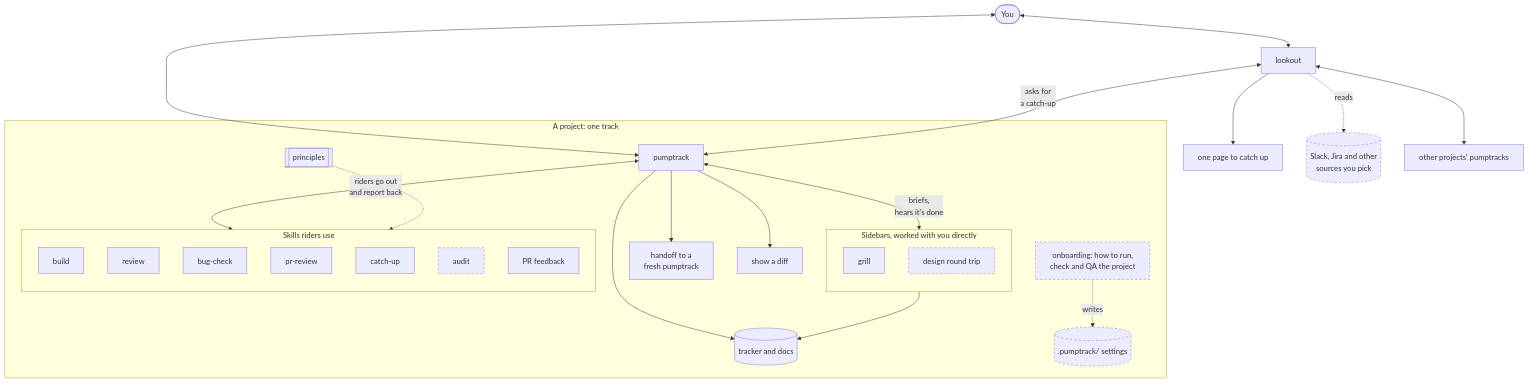
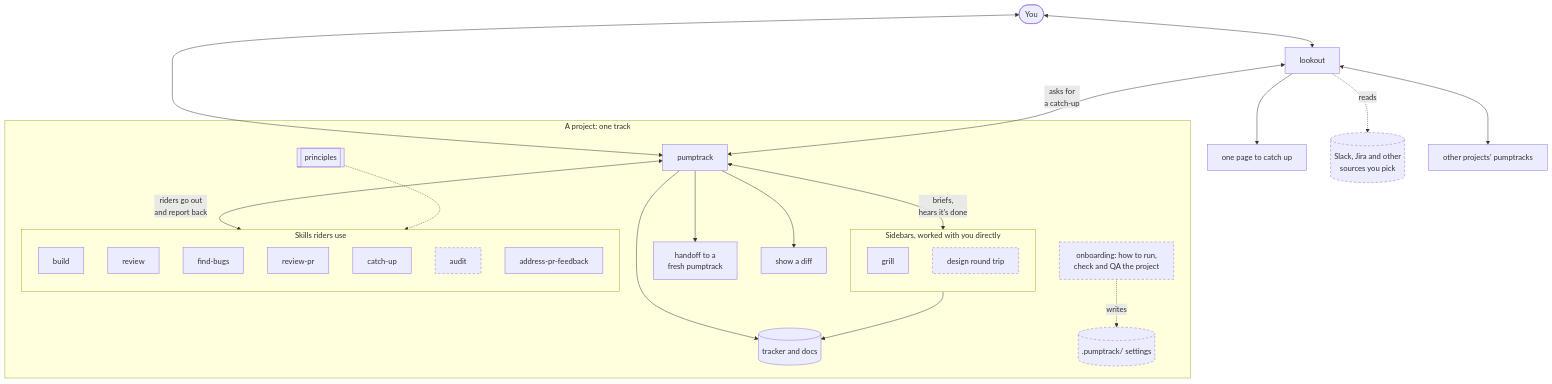
Before and after one commit to brandonbews/pumptrack: the second of 2 diagrams in README.md, drawn with Mermaid. The commit also changed other lines of this file and 2 other files, not shown here.

First line of the commit message:
Add review-pr and address-pr-feedback

````diff
--- a/README.md
+++ b/README.md
@@ -56,51 +57,51 @@
 ```mermaid
 flowchart TD
   you(["You"])
   lookout["lookout"]
   page["one page to catch up"]
   sources[("Slack, Jira and other<br/>sources you pick")]
   others["other projects' pumptracks"]
 
   subgraph track["A project: one track"]
     pt["pumptrack"]
     subgraph sides["Sidebars, worked with you directly"]
       direction TB
       grill["grill"]
       design["design round trip"]
     end
     records[("tracker and docs")]
     handoff["handoff to a<br/>fresh pumptrack"]
     diff["show a diff"]
     onboarding["onboarding: how to run,<br/>check and QA the project"]
     settings[(".pumptrack/ settings")]
     principles[["principles"]]
     subgraph skills["Skills riders use"]
       direction TB
       build["build"]
       review["review"]
-      bugs["bug-check"]
-      prreview["pr-review"]
+      bugs["find-bugs"]
+      prreview["review-pr"]
       catchup["catch-up"]
       audit["audit"]
-      feedback["PR feedback"]
+      feedback["address-pr-feedback"]
     end
   end
 
   you <--> lookout
   you <--> pt
   lookout <-->|"asks for<br/>a catch-up"| pt
   lookout <--> others
   lookout --> page
   lookout -.->|reads| sources
   pt <-->|"riders go out<br/>and report back"| skills
   pt <-->|"briefs,<br/>hears it's done"| sides
   pt --> handoff
   pt --> diff
   pt --> records
   sides --> records
   onboarding -.->|writes| settings
   principles -.-> skills
 
   classDef later stroke-dasharray: 5 4
   class sources,design,onboarding,settings,audit later
 ```
````
